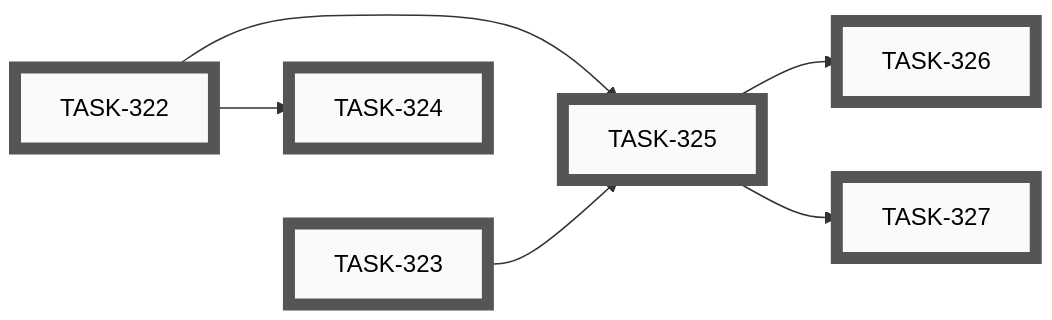
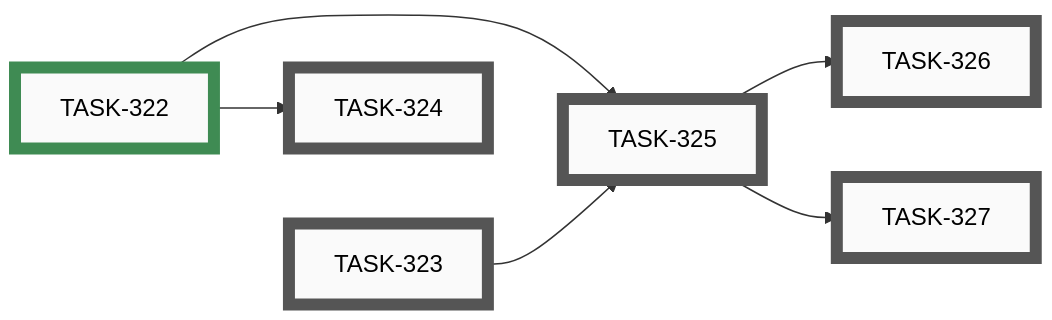
The seventh of 8 diagrams in docs/developers/tasks/EPICS.md (tgd1975/AwesomeStudioPedal), drawn with Mermaid before and after one commit. The commit also changed other lines of this file and 5 other files, not shown here.

First line of the commit message:
close TASK-322: Decide commit-provenance signal and bypass mechanism for /commit

````diff
--- a/docs/developers/tasks/EPICS.md
+++ b/docs/developers/tasks/EPICS.md
@@ -243,29 +243,29 @@
 ```mermaid
 graph LR
-    TASK_322["TASK-322"]:::open
     TASK_323["TASK-323"]:::open
     TASK_324["TASK-324"]:::open
     TASK_325["TASK-325"]:::open
     TASK_326["TASK-326"]:::open
     TASK_327["TASK-327"]:::open
+    TASK_322["TASK-322"]:::closed
     TASK_322 --> TASK_324
     TASK_322 --> TASK_325
     TASK_323 --> TASK_325
     TASK_325 --> TASK_326
     TASK_325 --> TASK_327
     TASK_322 ~~~ TASK_323
-    click TASK_322 "open/task-322-decide-commit-provenance-and-bypass-mechanism.md"
     click TASK_323 "open/task-323-convert-commit-skill-to-pathspec-form.md"
     click TASK_324 "open/task-324-update-claudemd-and-add-commit-policy-page.md"
     click TASK_325 "open/task-325-implement-precommit-hook-enforcement.md"
     click TASK_326 "open/task-326-route-other-commit-skills-through-commit.md"
     click TASK_327 "open/task-327-decide-partial-hunk-policy.md"
+    click TASK_322 "closed/task-322-decide-commit-provenance-and-bypass-mechanism.md"
     classDef open    fill:#FAFAFA,stroke:#555,stroke-width:8px,color:#000
     classDef active  fill:#FAFAFA,stroke:#1A6FA8,stroke-width:8px,color:#000
     classDef closed  fill:#FAFAFA,stroke:#3F8B53,stroke-width:8px,color:#000
     classDef paused  fill:#FAFAFA,stroke:#B07810,stroke-width:8px,color:#000
     classDef openExt    fill:#000,stroke:#888,stroke-width:8px,color:#FFF
     classDef activeExt  fill:#000,stroke:#3FA9F5,stroke-width:8px,color:#FFF
     classDef closedExt  fill:#000,stroke:#7CC68A,stroke-width:8px,color:#FFF
     classDef pausedExt  fill:#000,stroke:#F0B030,stroke-width:8px,color:#FFF
 ```
````
